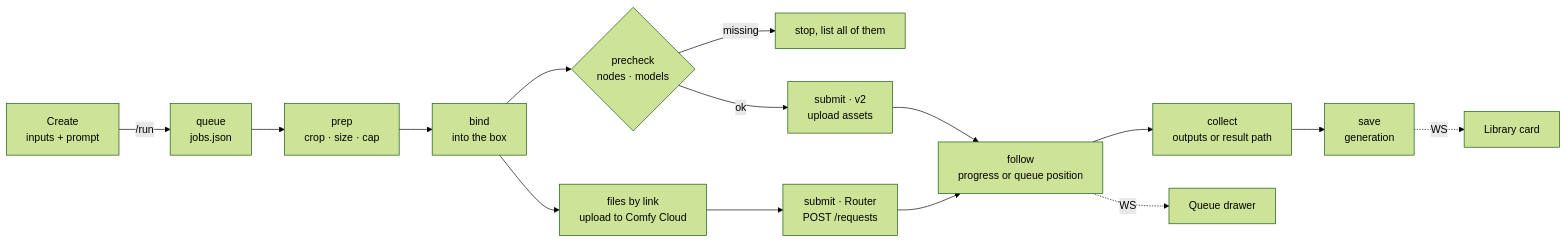
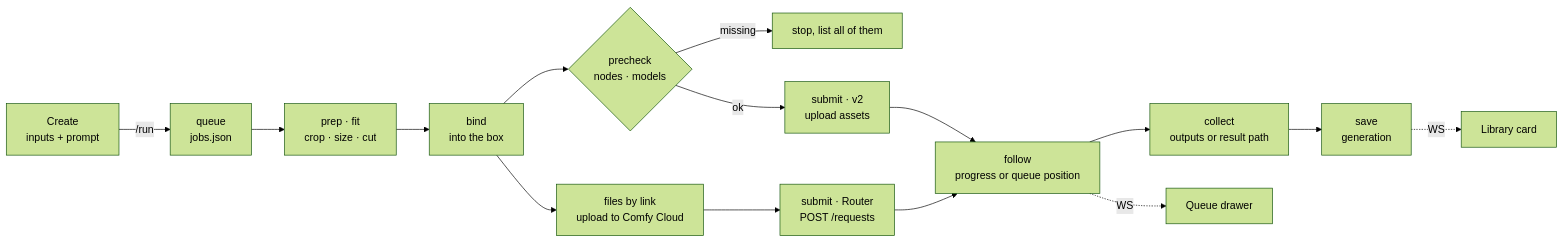
One commit to GETHUK-BIGEMPEROR/OpenIllusion changed the fourth of 5 diagrams in README.md. Above: the diagram before and after it, drawn with Mermaid (forest theme). The commit also changed other lines of this file and 54 other files, not shown here.

````diff
--- a/README.md
+++ b/README.md
@@ -357,17 +375,17 @@
 ```mermaid
 flowchart LR
   A["Create<br/>inputs + prompt"] -- "/run" --> Q["queue<br/>jobs.json"]
-  Q --> PR["prep<br/>crop · size · cap"]
+  Q --> PR["prep · fit<br/>crop · size · cut"]
   PR --> BI["bind<br/>into the box"]
   BI --> LC{"precheck<br/>nodes · models"}
   LC -- missing --> X["stop, list all of them"]
   LC -- ok --> LS["submit · v2<br/>upload assets"]
   BI --> UP["files by link<br/>upload to Comfy Cloud"]
   UP --> CS["submit · Router<br/>POST /requests"]
   LS --> F["follow<br/>progress or queue position"]
   CS --> F
   F --> CO["collect<br/>outputs or result path"]
   CO --> SV["save<br/>generation"]
   SV -. WS .-> LIB["Library card"]
   F -. WS .-> QU["Queue drawer"]
 ```
````
